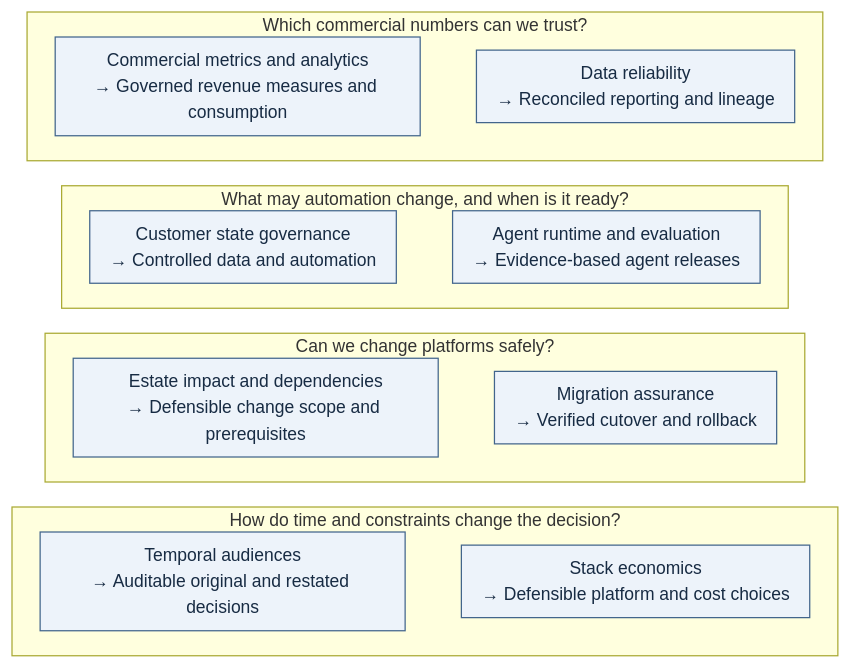
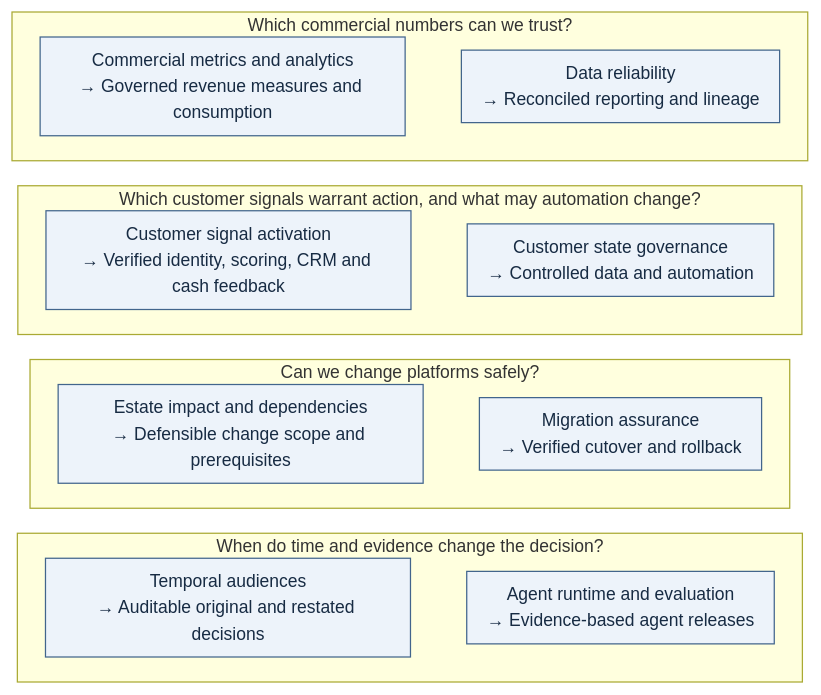
One commit to rlbsem/rlbsem changed the diagram in README.md. Above: the diagram before and after it, drawn with Mermaid. The commit also changed other lines of this file, not shown here.

Commit message:
Feature Customer Signal & Activation and update architecture map

````diff
--- a/README.md
+++ b/README.md
@@ -11,40 +11,40 @@
 ```mermaid
 ---
 config:
   flowchart:
     nodeSpacing: 20
     rankSpacing: 20
     padding: 8
     wrappingWidth: 260
   themeVariables:
     fontSize: 14px
 ---
 flowchart TB
   subgraph M[Which commercial numbers can we trust?]
     direction LR
     Q["Commercial metrics and analytics<br/>→ Governed revenue measures and consumption"]
     R["Data reliability<br/>→ Reconciled reporting and lineage"]
     Q ~~~ R
   end
-  subgraph G[What may automation change, and when is it ready?]
+  subgraph G[Which customer signals warrant action, and what may automation change?]
     direction LR
+    S["Customer signal activation<br/>→ Verified identity, scoring, CRM and cash feedback"]
     C["Customer state governance<br/>→ Controlled data and automation"]
-    D["Agent runtime and evaluation<br/>→ Evidence-based agent releases"]
-    C ~~~ D
+    S ~~~ C
   end
   subgraph P[Can we change platforms safely?]
     direction LR
     L["Estate impact and dependencies<br/>→ Defensible change scope and prerequisites"]
     E["Migration assurance<br/>→ Verified cutover and rollback"]
     L ~~~ E
   end
-  subgraph T[How do time and constraints change the decision?]
+  subgraph T[When do time and evidence change the decision?]
     direction LR
     F["Temporal audiences<br/>→ Auditable original and restated decisions"]
-    B["Stack economics<br/>→ Defensible platform and cost choices"]
-    F ~~~ B
+    D["Agent runtime and evaluation<br/>→ Evidence-based agent releases"]
+    F ~~~ D
   end
   M ~~~ G ~~~ P ~~~ T
   classDef capability fill:#edf3fa,stroke:#42658c,color:#172b43;
-  class Q,R,C,D,L,E,F,B capability;
+  class Q,R,S,C,L,E,F,D capability;
 ```
````
